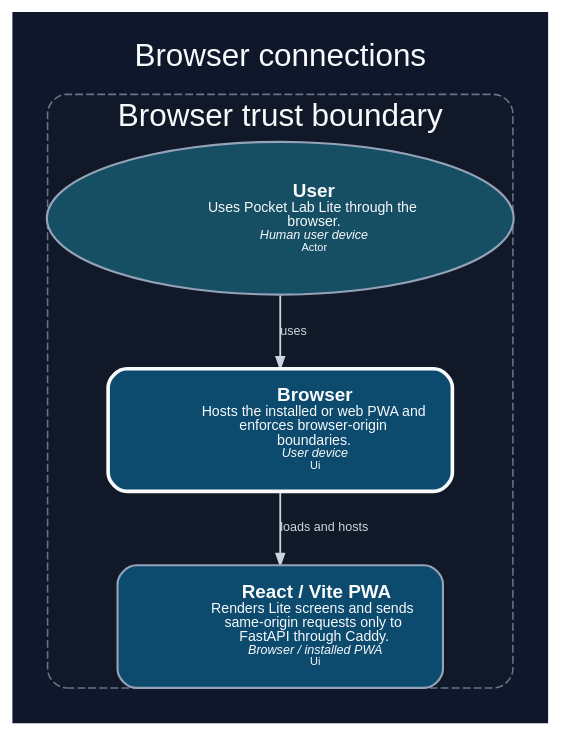
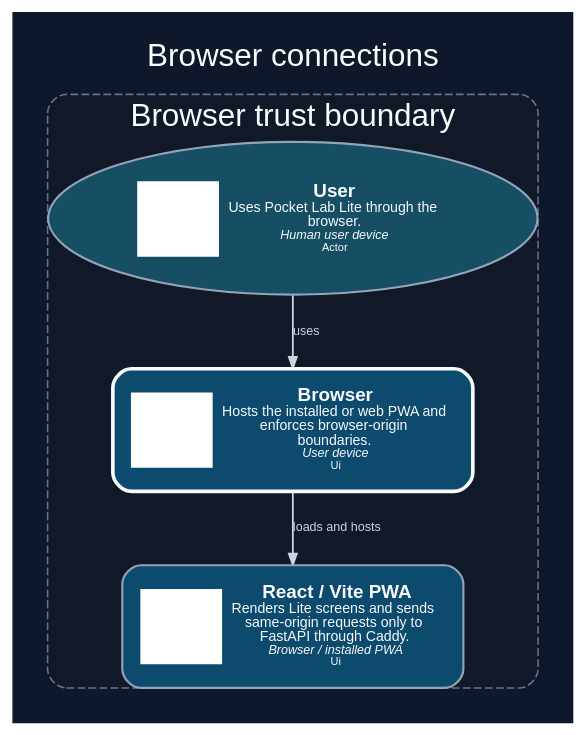
Before and after one commit to dexter-lab-ctrl/pocket-lab-lite: the diagram in docs/assets/diagrams/production/components/browser.dark.dot, drawn with Graphviz. The commit also changed 550 other files, not shown here.

Commit message:
docs: add brand icons and executive architecture poster

```diff
--- a/docs/assets/diagrams/production/components/browser.dark.dot
+++ b/docs/assets/diagrams/production/components/browser.dark.dot
@@ -1,48 +1,48 @@
 digraph component_browser {
   graph [
     rankdir="TB",
     splines="spline",
     compound="true",
     newrank="true",
     nodesep="0.30",
     ranksep="0.52",
     ratio="compress",
     pad="0.20",
     margin="0",
     outputorder="edgesfirst",
     bgcolor="#0f172a",
     fontcolor="#f8fafc",
     fontname="Arial",
     label="Browser connections",
     labelloc="t",
     fontsize="20"
   ];
   node [
     fontname="Arial",
     fontsize="10",
     color="#94a3b8",
     fontcolor="#f8fafc",
     margin="0.12,0.08"
   ];
   edge [
     fontname="Arial",
     fontsize="8",
     color="#94a3b8",
     fontcolor="#cbd5e1",
     arrowsize="0.72",
     penwidth="1.15"
   ];
   subgraph "cluster_browser" {
     label="Browser trust boundary";
     style="rounded,dashed,filled";
     color="#64748b";
     fillcolor="#111827";
     fontcolor="#f8fafc";
     penwidth="1.0";
-    "browser" [label=<<TABLE BORDER="0" CELLBORDER="0" CELLPADDING="4"><TR><TD FIXEDSIZE="TRUE" WIDTH="42" HEIGHT="42"> </TD><TD ALIGN="LEFT"><FONT POINT-SIZE="12"><B>Browser</B></FONT><BR/><FONT POINT-SIZE="9">Hosts the installed or web PWA and<BR/>enforces browser-origin<BR/>boundaries.</FONT><BR/><FONT POINT-SIZE="8"><I>User device</I></FONT><BR/><FONT POINT-SIZE="7.5">Ui</FONT></TD></TR></TABLE>>, shape="box", style="rounded,filled,bold", fillcolor="#0c4a6e", color="#f8fafc", fontcolor="#f8fafc", penwidth="2.3", tooltip="Browser. Hosts the installed or web PWA and enforces browser-origin boundaries.", URL="../../../../generated/production/architecture/components/browser/", target="_top"];
-    "pwa" [label=<<TABLE BORDER="0" CELLBORDER="0" CELLPADDING="4"><TR><TD FIXEDSIZE="TRUE" WIDTH="42" HEIGHT="42"> </TD><TD ALIGN="LEFT"><FONT POINT-SIZE="12"><B>React / Vite PWA</B></FONT><BR/><FONT POINT-SIZE="9">Renders Lite screens and sends<BR/>same-origin requests only to<BR/>FastAPI through Caddy.</FONT><BR/><FONT POINT-SIZE="8"><I>Browser / installed PWA</I></FONT><BR/><FONT POINT-SIZE="7.5">Ui</FONT></TD></TR></TABLE>>, shape="box", style="rounded,filled", fillcolor="#0c4a6e", color="#94a3b8", fontcolor="#f8fafc", penwidth="1.35", tooltip="React / Vite PWA. Renders Lite screens and sends same-origin requests only to FastAPI through Caddy.", URL="../../../../generated/production/architecture/components/pwa/", target="_top"];
-    "user" [label=<<TABLE BORDER="0" CELLBORDER="0" CELLPADDING="4"><TR><TD FIXEDSIZE="TRUE" WIDTH="42" HEIGHT="42"> </TD><TD ALIGN="LEFT"><FONT POINT-SIZE="12"><B>User</B></FONT><BR/><FONT POINT-SIZE="9">Uses Pocket Lab Lite through the<BR/>browser.</FONT><BR/><FONT POINT-SIZE="8"><I>Human user device</I></FONT><BR/><FONT POINT-SIZE="7.5">Actor</FONT></TD></TR></TABLE>>, shape="ellipse", style="rounded,filled", fillcolor="#164e63", color="#94a3b8", fontcolor="#f8fafc", penwidth="1.35", tooltip="User. Uses Pocket Lab Lite through the browser.", URL="../../../../generated/production/architecture/components/user/", target="_top"];
+    "browser" [label=<<TABLE BORDER="0" CELLBORDER="0" CELLPADDING="4"><TR><TD FIXEDSIZE="TRUE" WIDTH="52" HEIGHT="48" BGCOLOR="#FFFFFF"> </TD><TD ALIGN="LEFT"><FONT POINT-SIZE="12"><B>Browser</B></FONT><BR/><FONT POINT-SIZE="9">Hosts the installed or web PWA and<BR/>enforces browser-origin<BR/>boundaries.</FONT><BR/><FONT POINT-SIZE="8"><I>User device</I></FONT><BR/><FONT POINT-SIZE="7.5">Ui</FONT></TD></TR></TABLE>>, shape="box", style="rounded,filled,bold", fillcolor="#0c4a6e", color="#f8fafc", fontcolor="#f8fafc", penwidth="2.3", tooltip="Browser. Hosts the installed or web PWA and enforces browser-origin boundaries.", URL="../../../../generated/production/architecture/components/browser/", target="_top"];
+    "pwa" [label=<<TABLE BORDER="0" CELLBORDER="0" CELLPADDING="4"><TR><TD FIXEDSIZE="TRUE" WIDTH="52" HEIGHT="48" BGCOLOR="#FFFFFF"> </TD><TD ALIGN="LEFT"><FONT POINT-SIZE="12"><B>React / Vite PWA</B></FONT><BR/><FONT POINT-SIZE="9">Renders Lite screens and sends<BR/>same-origin requests only to<BR/>FastAPI through Caddy.</FONT><BR/><FONT POINT-SIZE="8"><I>Browser / installed PWA</I></FONT><BR/><FONT POINT-SIZE="7.5">Ui</FONT></TD></TR></TABLE>>, shape="box", style="rounded,filled", fillcolor="#0c4a6e", color="#94a3b8", fontcolor="#f8fafc", penwidth="1.35", tooltip="React / Vite PWA. Renders Lite screens and sends same-origin requests only to FastAPI through Caddy.", URL="../../../../generated/production/architecture/components/pwa/", target="_top"];
+    "user" [label=<<TABLE BORDER="0" CELLBORDER="0" CELLPADDING="4"><TR><TD FIXEDSIZE="TRUE" WIDTH="52" HEIGHT="48" BGCOLOR="#FFFFFF"> </TD><TD ALIGN="LEFT"><FONT POINT-SIZE="12"><B>User</B></FONT><BR/><FONT POINT-SIZE="9">Uses Pocket Lab Lite through the<BR/>browser.</FONT><BR/><FONT POINT-SIZE="8"><I>Human user device</I></FONT><BR/><FONT POINT-SIZE="7.5">Actor</FONT></TD></TR></TABLE>>, shape="ellipse", style="rounded,filled", fillcolor="#164e63", color="#94a3b8", fontcolor="#f8fafc", penwidth="1.35", tooltip="User. Uses Pocket Lab Lite through the browser.", URL="../../../../generated/production/architecture/components/user/", target="_top"];
   }
-  "browser" -> "pwa" [label="loads and hosts", tooltip="loads and hosts (Browser runtime)", style="solid", arrowhead="normal", color="#cbd5e1", fontcolor="#cbd5e1"];
-  "user" -> "browser" [label="uses", tooltip="uses (HTTPS)", style="solid", arrowhead="normal", color="#cbd5e1", fontcolor="#cbd5e1"];
+  "browser" -> "pwa" [label="loads and hosts", tooltip="loads and hosts (Browser runtime)", style="solid", arrowhead="normal", color="#cbd5e1", fontcolor="#cbd5e1", penwidth="1.15", arrowsize="0.72"];
+  "user" -> "browser" [label="uses", tooltip="uses (HTTPS)", style="solid", arrowhead="normal", color="#cbd5e1", fontcolor="#cbd5e1", penwidth="1.15", arrowsize="0.72"];
 }
```
